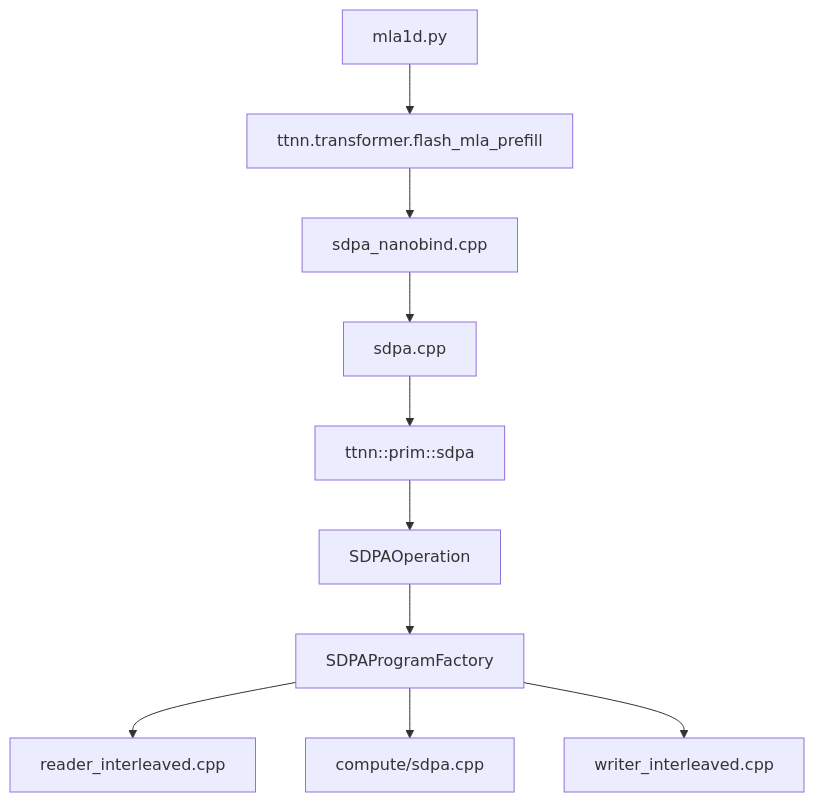
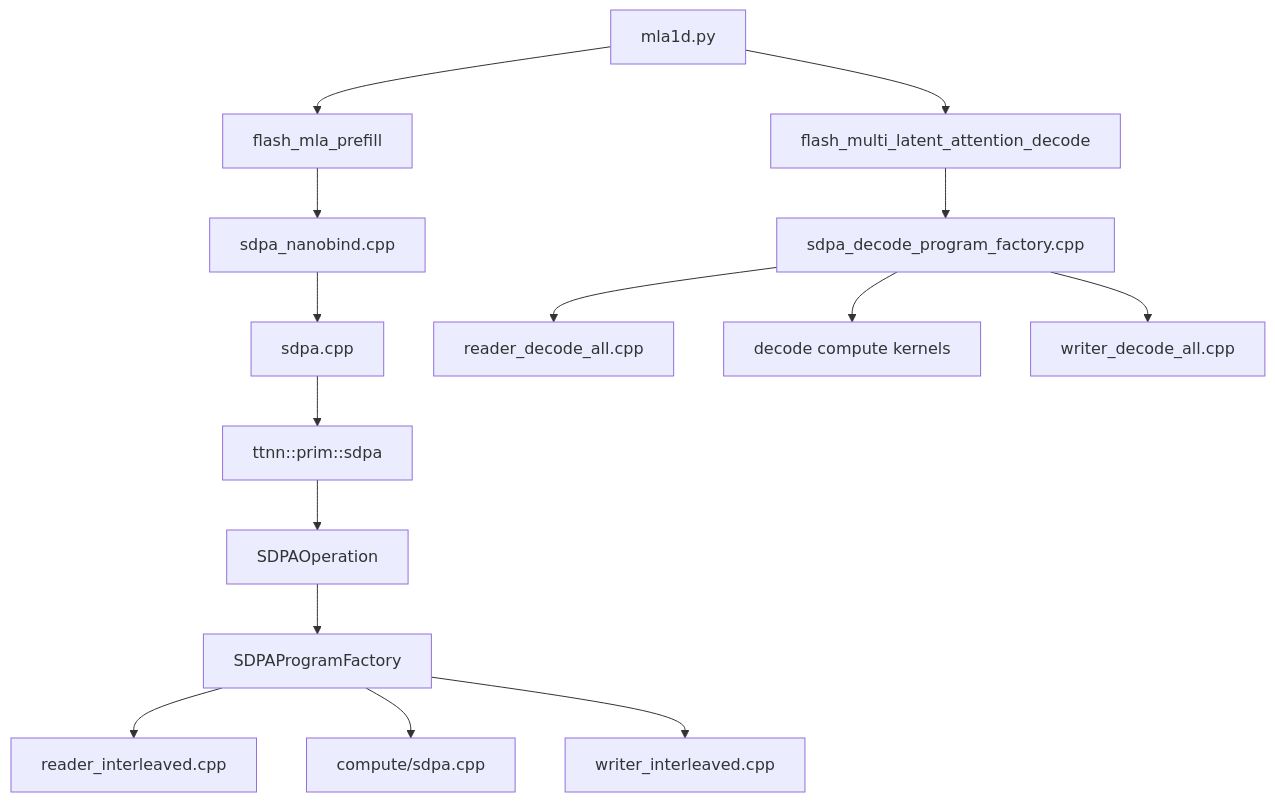
One commit to yxyang1111/tt-metal changed the diagram in mla_flash_attention_dev/docs/phase-1-code-path-map.md. Above: the diagram before and after it, drawn with Mermaid. The commit also changed other lines of this file and 123 other files, not shown here.

````diff
--- a/mla_flash_attention_dev/docs/phase-1-code-path-map.md
+++ b/mla_flash_attention_dev/docs/phase-1-code-path-map.md
@@ -31,23 +51,39 @@
 ```mermaid
 flowchart TD
     mlaModel[mla1d.py]
-    pythonApi[ttnn.transformer.flash_mla_prefill]
+
+    pyPrefill[flash_mla_prefill]
+    pyDecode[flash_multi_latent_attention_decode]
+
     nanobind[sdpa_nanobind.cpp]
-    publicApi[sdpa.cpp]
+    sdpaApi[sdpa.cpp]
+    sdpaDecodeFactory[sdpa_decode_program_factory.cpp]
     primSdpa[ttnn::prim::sdpa]
-    deviceOp[SDPAOperation]
-    programFactory[SDPAProgramFactory]
-    readerKernel[reader_interleaved.cpp]
-    computeKernel[compute/sdpa.cpp]
-    writerKernel[writer_interleaved.cpp]
+    sdpaOp[SDPAOperation]
+    sdpaFactory[SDPAProgramFactory]
 
-    mlaModel --> pythonApi
-    pythonApi --> nanobind
-    nanobind --> publicApi
-    publicApi --> primSdpa
-    primSdpa --> deviceOp
-    deviceOp --> programFactory
-    programFactory --> readerKernel
-    programFactory --> computeKernel
-    programFactory --> writerKernel
+    prefillReader[reader_interleaved.cpp]
+    prefillCompute[compute/sdpa.cpp]
+    prefillWriter[writer_interleaved.cpp]
+
+    decodeReader[reader_decode_all.cpp]
+    decodeCompute[decode compute kernels]
+    decodeWriter[writer_decode_all.cpp]
+
+    mlaModel --> pyPrefill
+    mlaModel --> pyDecode
+
+    pyPrefill --> nanobind
+    nanobind --> sdpaApi
+    sdpaApi --> primSdpa
+    primSdpa --> sdpaOp
+    sdpaOp --> sdpaFactory
+    sdpaFactory --> prefillReader
+    sdpaFactory --> prefillCompute
+    sdpaFactory --> prefillWriter
+
+    pyDecode --> sdpaDecodeFactory
+    sdpaDecodeFactory --> decodeReader
+    sdpaDecodeFactory --> decodeCompute
+    sdpaDecodeFactory --> decodeWriter
 ```
````
